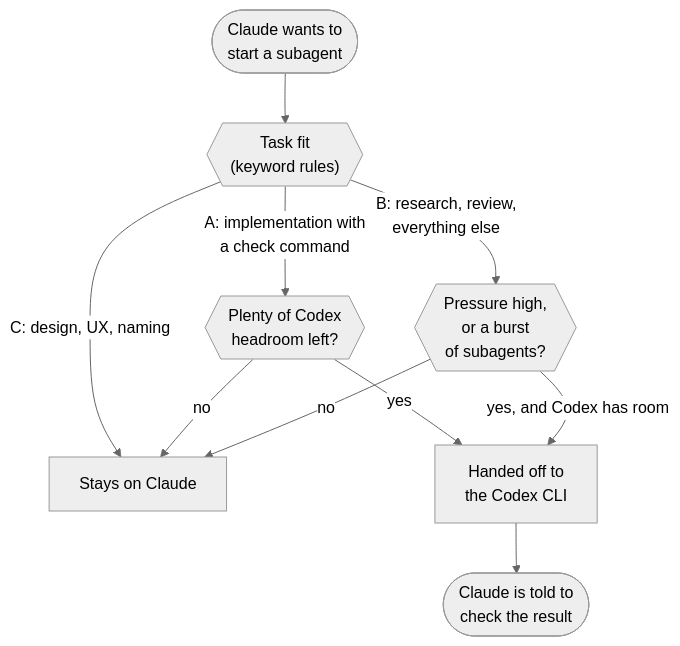
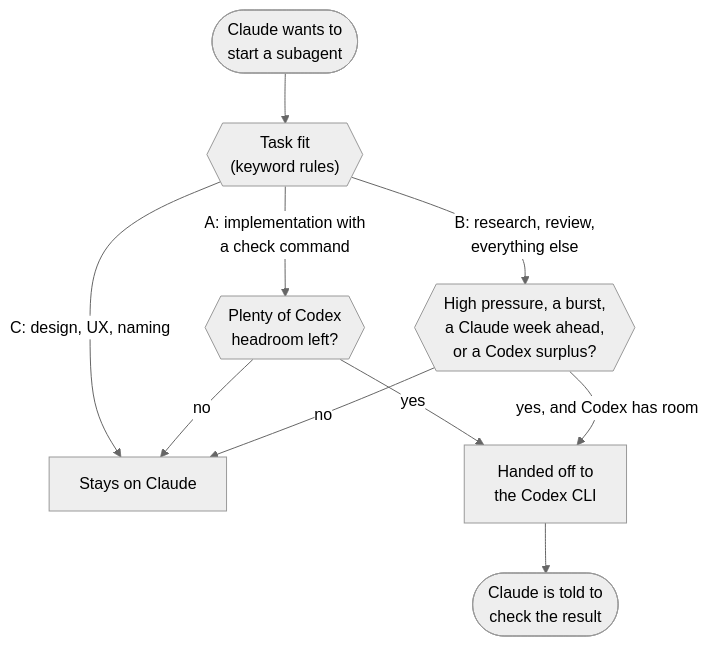
One commit to yaokaiy/agent-crossfeed changed the diagram in README.md. Above: the diagram before and after it, drawn with Mermaid (neutral theme). The commit also changed other lines of this file and 24 other files, not shown here.

````diff
--- a/README.md
+++ b/README.md
@@ -32,12 +32,12 @@
 ```mermaid
 flowchart TD
     S(["Claude wants to<br/>start a subagent"]) --> F{{"Task fit<br/>(keyword rules)"}}
     F -- "C: design, UX, naming" --> CL["Stays on Claude"]
     F -- "A: implementation with<br/>a check command" --> H{{"Plenty of Codex<br/>headroom left?"}}
-    F -- "B: research, review,<br/>everything else" --> P{{"Pressure high,<br/>or a burst<br/>of subagents?"}}
+    F -- "B: research, review,<br/>everything else" --> P{{"High pressure, a burst,<br/>a Claude week ahead,<br/>or a Codex surplus?"}}
     H -- "yes" --> CX["Handed off to<br/>the Codex CLI"]
     H -- "no" --> CL
     P -- "yes, and Codex has room" --> CX
     P -- "no" --> CL
     CX --> R(["Claude is told to<br/>check the result"])
 ```
````
